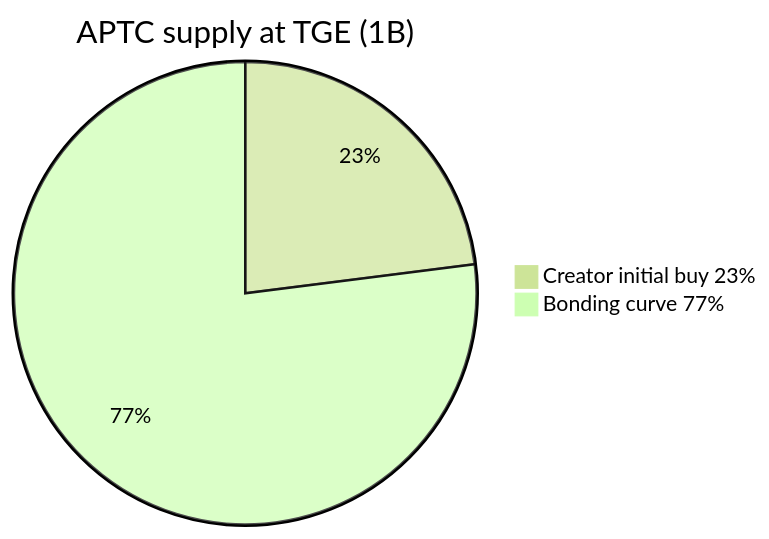
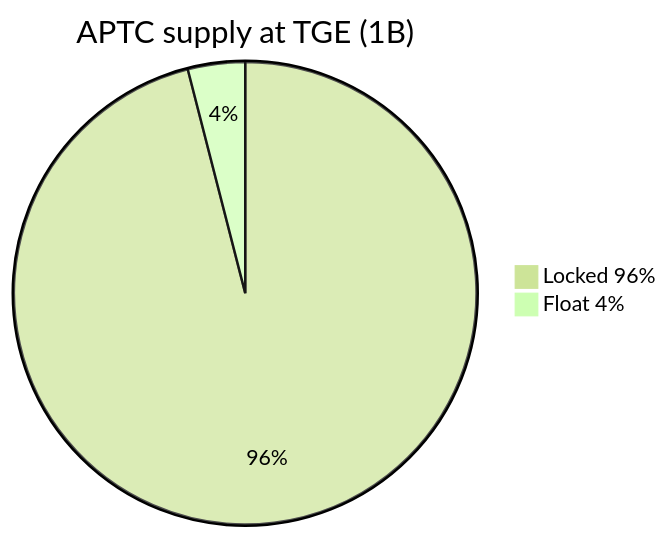
One commit to AmaanSayyad/apt-casino changed the second of 2 diagrams in docs/APTC_TOKENOMICS.md. Above: the diagram before and after it, drawn with Mermaid (forest theme). The commit also changed other lines of this file and 29 other files, not shown here.

````diff
--- a/docs/APTC_TOKENOMICS.md
+++ b/docs/APTC_TOKENOMICS.md
@@ -77,5 +82,5 @@
 ```mermaid
 pie title APTC supply at TGE (1B)
-    "Creator initial buy 23%" : 23
-    "Bonding curve 77%" : 77
+    "Locked 96%" : 96
+    "Float 4%" : 4
 ```
````
